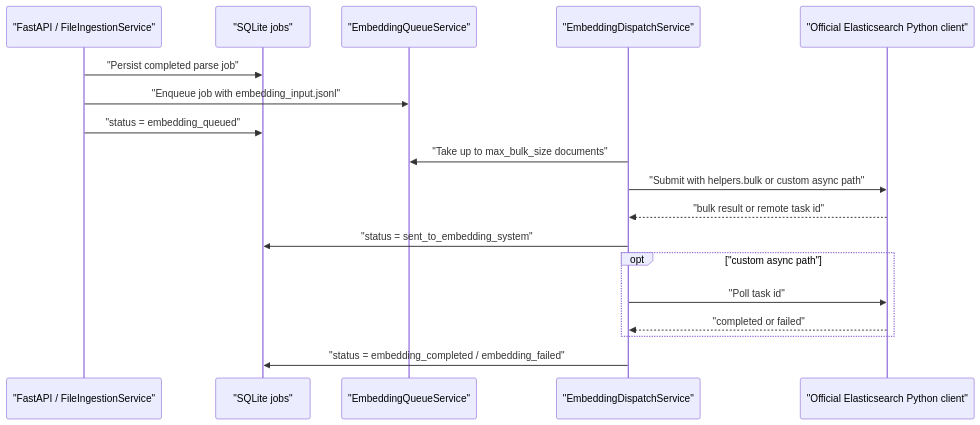
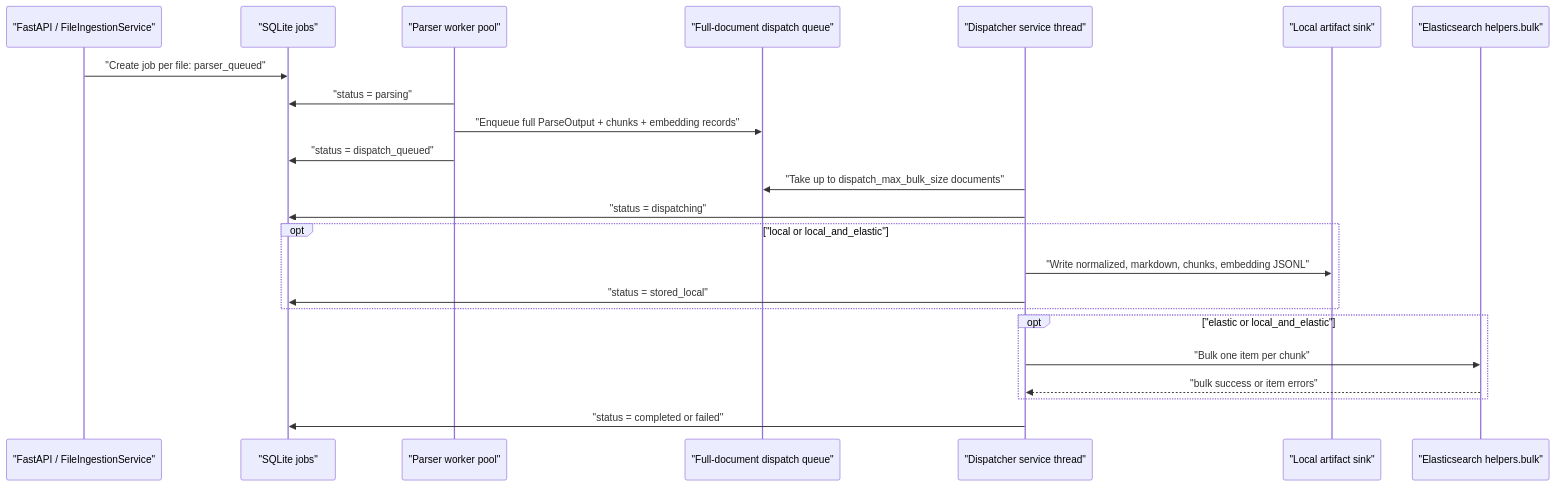
The diagram in docs/embedding-handoff.md (alrolo3/ingest-orquestator-service), drawn with Mermaid before and after one commit. The commit also changed other lines of this file and 41 other files, not shown here.

Commit message:
Implement v1.5 async ingestion dispatch

````diff
--- a/docs/embedding-handoff.md
+++ b/docs/embedding-handoff.md
@@ -13,21 +14,26 @@
 ```mermaid
 sequenceDiagram
     participant API as "FastAPI / FileIngestionService"
     participant Jobs as "SQLite jobs"
-    participant Queue as "EmbeddingQueueService"
-    participant Dispatch as "EmbeddingDispatchService"
-    participant Elastic as "Official Elasticsearch Python client"
+    participant Parser as "Parser worker pool"
+    participant Queue as "Full-document dispatch queue"
+    participant Dispatch as "Dispatcher service thread"
+    participant Local as "Local artifact sink"
+    participant Elastic as "Elasticsearch helpers.bulk"
 
-    API->>Jobs: "Persist completed parse job"
-    API->>Queue: "Enqueue job with embedding_input.jsonl"
-    API->>Jobs: "status = embedding_queued"
-    Dispatch->>Queue: "Take up to max_bulk_size documents"
-    Dispatch->>Elastic: "Submit with helpers.bulk or custom async path"
-    Elastic-->>Dispatch: "bulk result or remote task id"
-    Dispatch->>Jobs: "status = sent_to_embedding_system"
-    opt "custom async path"
-        Dispatch->>Elastic: "Poll task id"
-        Elastic-->>Dispatch: "completed or failed"
+    API->>Jobs: "Create job per file: parser_queued"
+    Parser->>Jobs: "status = parsing"
+    Parser->>Queue: "Enqueue full ParseOutput + chunks + embedding records"
+    Parser->>Jobs: "status = dispatch_queued"
+    Dispatch->>Queue: "Take up to dispatch_max_bulk_size documents"
+    Dispatch->>Jobs: "status = dispatching"
+    opt "local or local_and_elastic"
+        Dispatch->>Local: "Write normalized, markdown, chunks, embedding JSONL"
+        Dispatch->>Jobs: "status = stored_local"
     end
-    Dispatch->>Jobs: "status = embedding_completed / embedding_failed"
+    opt "elastic or local_and_elastic"
+        Dispatch->>Elastic: "Bulk one item per chunk"
+        Elastic-->>Dispatch: "bulk success or item errors"
+    end
+    Dispatch->>Jobs: "status = completed or failed"
 ```
````
